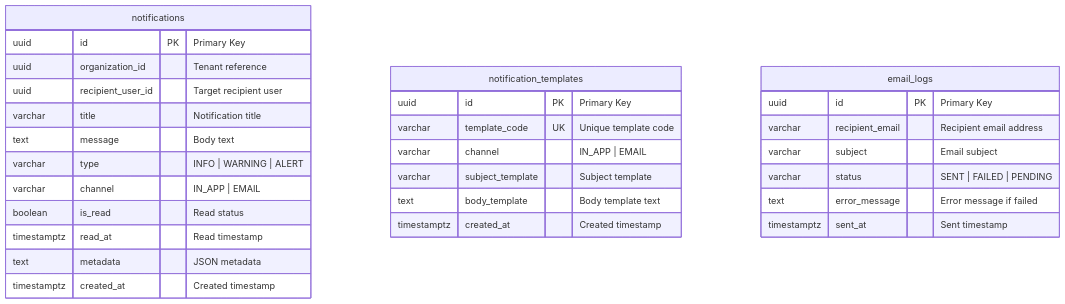
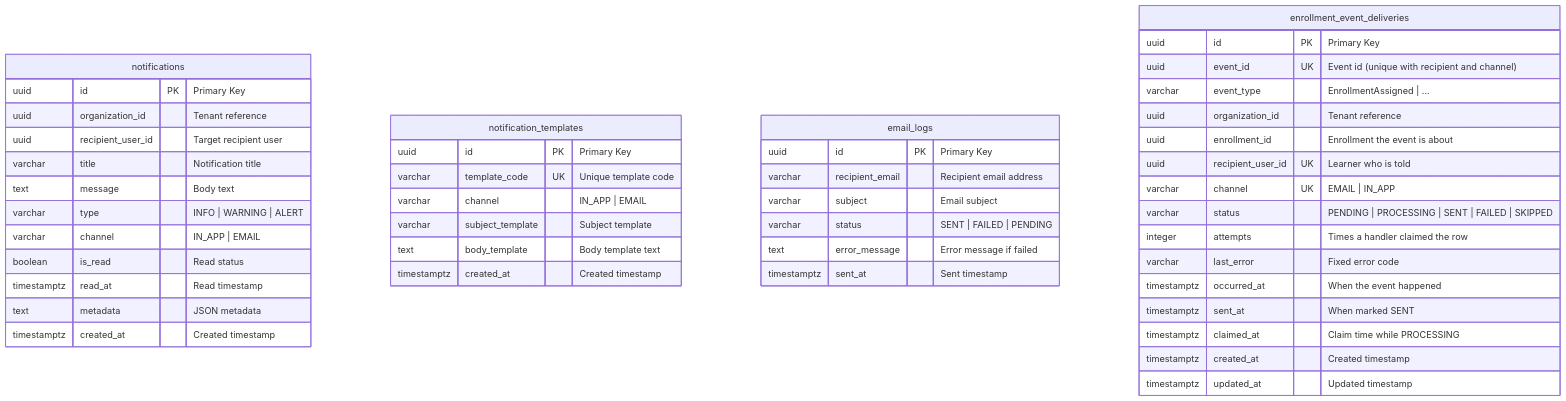
Before and after one commit to MinhKha28/LearnUp: the diagram in docs/database/erd/notification-db.mermaid, drawn with Mermaid. The commit also changed 25 other files, not shown here.

```diff
--- a/docs/database/erd/notification-db.mermaid
+++ b/docs/database/erd/notification-db.mermaid
@@ -1,32 +1,50 @@
 erDiagram
     notifications {
         uuid id PK "Primary Key"
         uuid organization_id "Tenant reference"
         uuid recipient_user_id "Target recipient user"
         varchar title "Notification title"
         text message "Body text"
         varchar type "INFO | WARNING | ALERT"
         varchar channel "IN_APP | EMAIL"
         boolean is_read "Read status"
         timestamptz read_at "Read timestamp"
         text metadata "JSON metadata"
         timestamptz created_at "Created timestamp"
     }
 
     notification_templates {
         uuid id PK "Primary Key"
         varchar template_code UK "Unique template code"
         varchar channel "IN_APP | EMAIL"
         varchar subject_template "Subject template"
         text body_template "Body template text"
         timestamptz created_at "Created timestamp"
     }
 
     email_logs {
         uuid id PK "Primary Key"
         varchar recipient_email "Recipient email address"
         varchar subject "Email subject"
         varchar status "SENT | FAILED | PENDING"
         text error_message "Error message if failed"
         timestamptz sent_at "Sent timestamp"
     }
+
+    enrollment_event_deliveries {
+        uuid id PK "Primary Key"
+        uuid event_id UK "Event id (unique with recipient and channel)"
+        varchar event_type "EnrollmentAssigned | ..."
+        uuid organization_id "Tenant reference"
+        uuid enrollment_id "Enrollment the event is about"
+        uuid recipient_user_id UK "Learner who is told"
+        varchar channel UK "EMAIL | IN_APP"
+        varchar status "PENDING | PROCESSING | SENT | FAILED | SKIPPED"
+        integer attempts "Times a handler claimed the row"
+        varchar last_error "Fixed error code"
+        timestamptz occurred_at "When the event happened"
+        timestamptz sent_at "When marked SENT"
+        timestamptz claimed_at "Claim time while PROCESSING"
+        timestamptz created_at "Created timestamp"
+        timestamptz updated_at "Updated timestamp"
+    }
```
